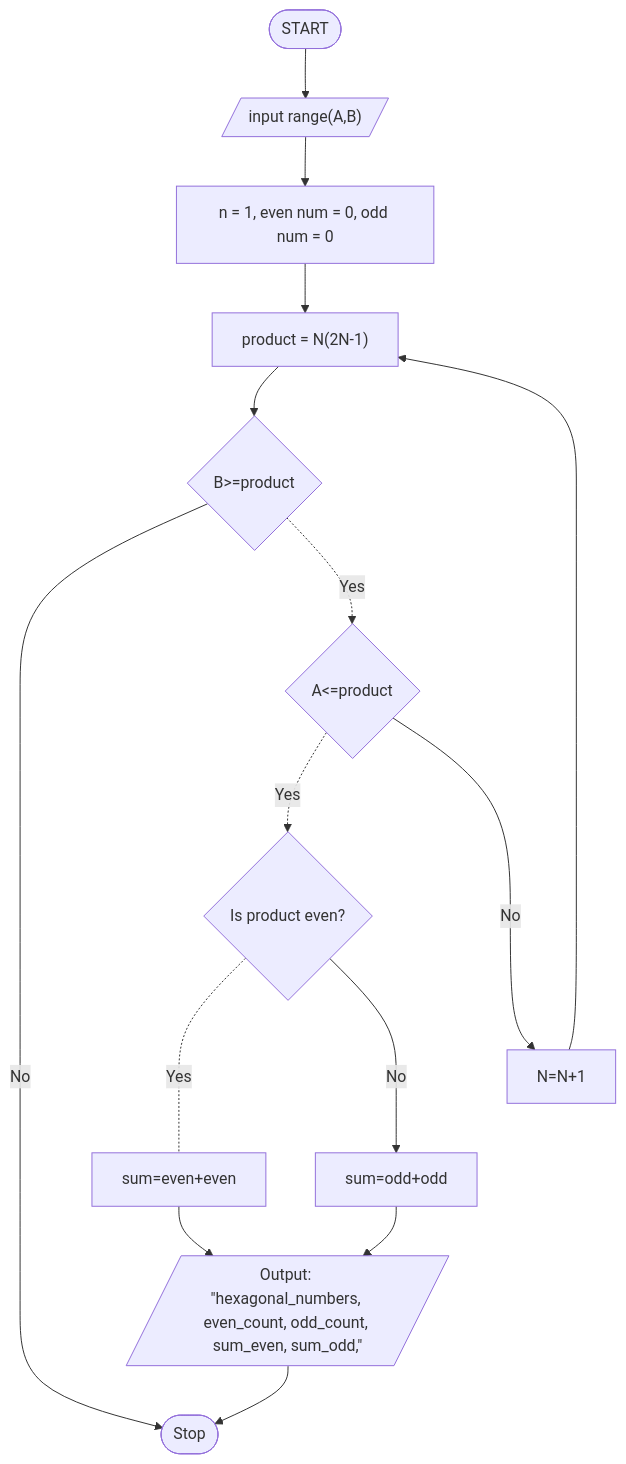
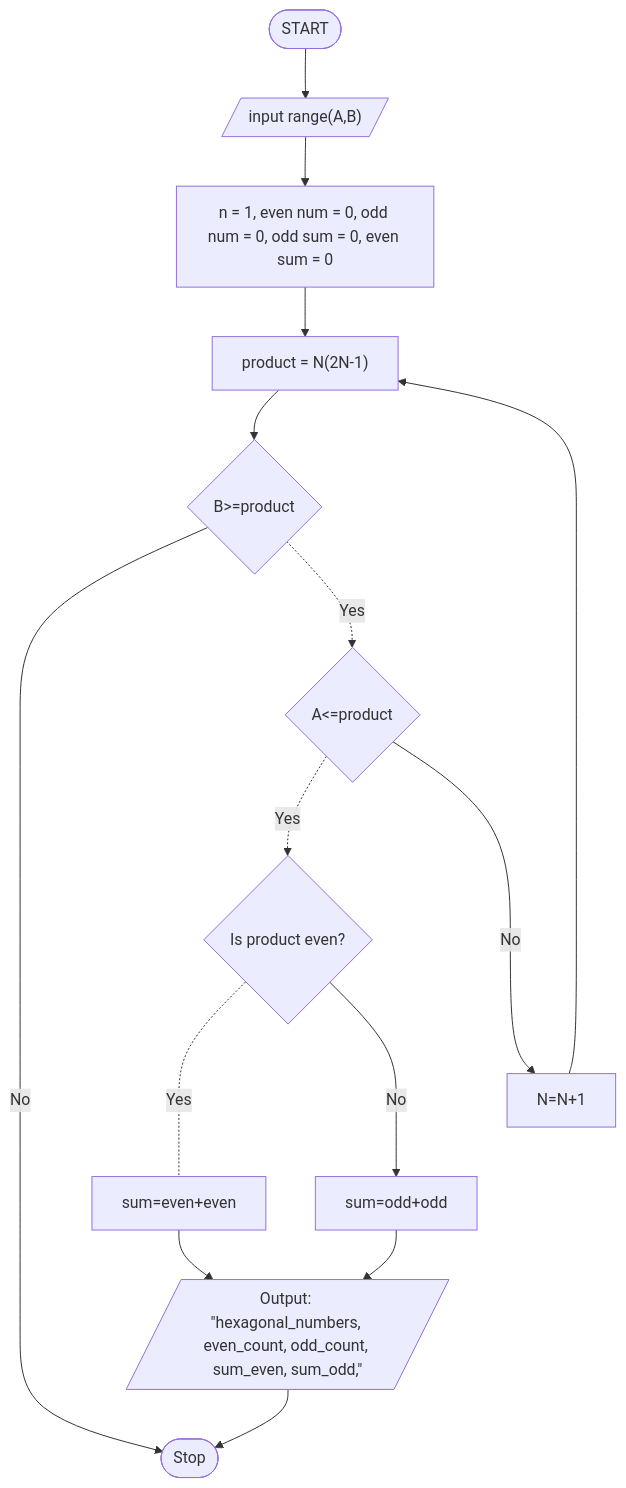
One commit to gtugaw/comp1236project changed the diagram in flowchart/task1.md. Above: the diagram before and after it, drawn with Mermaid.

````diff
--- a/flowchart/task1.md
+++ b/flowchart/task1.md
@@ -8,18 +8,18 @@
 ```mermaid
 flowchart TD
     A([START]) 
     A --> B[/"input range(A,B)"/]
-    B --> C["n = 1, even num = 0, odd num = 0"]
+    B --> C["n = 1, even num = 0, odd num = 0, odd sum = 0, even sum = 0"]
     C --> D["product = N(2N-1)"]
     D --> E{"B>=product"}
     E --Noo--> N
     E -.Yes.-> G{"A<=product"}
     G -.Yes.-> H{"Is product even?"}
     G --Noo--> I["N=N+1"]
     I --> D
     H -.Yes.- J["sum=even+even"]
     H --Noo--> K["sum=odd+odd"]
     K --> M
     J --> M[/Output: "hexagonal_numbers, even_count, odd_count, sum_even, sum_odd,"/] 
     M --> N([Stop])
 ```
````
